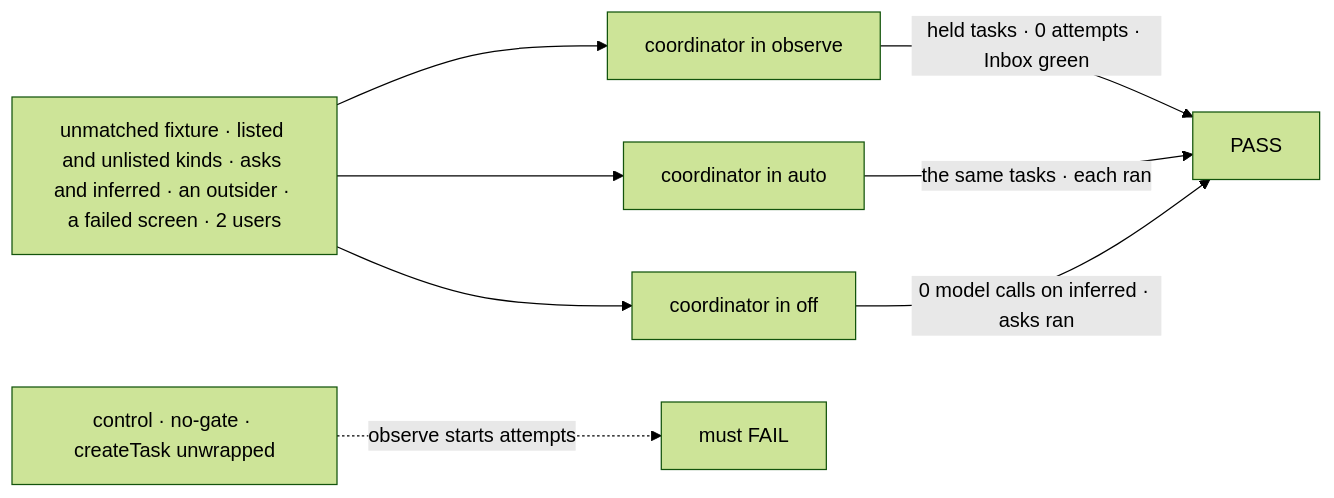
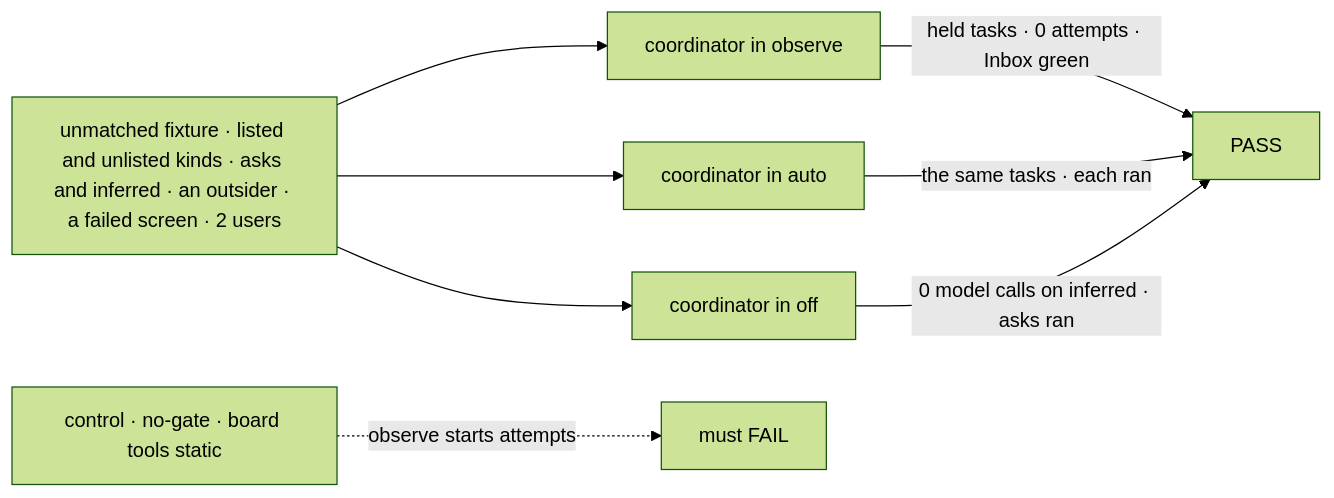
The first of 3 diagrams in specs/issues/FIX-2538/SPEC.md (fixpoint-labs/flow-state-dev), drawn with Mermaid (forest theme) before and after one commit. The commit also changed other lines of this file and 3 other files, not shown here.

First line of the commit message:
spec(FIX-2538): D2 resolves the board's tools per request (POC: REFUTED -> C)

````diff
--- a/specs/issues/FIX-2538/SPEC.md
+++ b/specs/issues/FIX-2538/SPEC.md
@@ -33,10 +33,10 @@
 ```mermaid
 flowchart LR
   F["unmatched fixture · listed and unlisted kinds · asks and inferred · an outsider · a failed screen · 2 users"] --> O["coordinator in observe"]
   F --> A["coordinator in auto"]
   F --> X["coordinator in off"]
   O -->|"held tasks · 0 attempts · Inbox green"| P["PASS"]
   A -->|"the same tasks · each ran"| P
   X -->|"0 model calls on inferred · asks ran"| P
-  C["control · no-gate · createTask unwrapped"] -.->|"observe starts attempts"| Q["must FAIL"]
+  C["control · no-gate · board tools static"] -.->|"observe starts attempts"| Q["must FAIL"]
 ```
````
